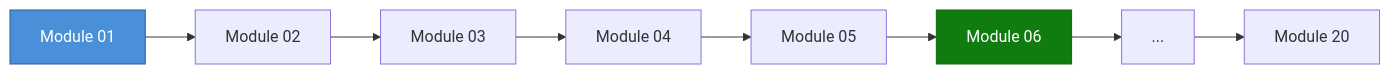
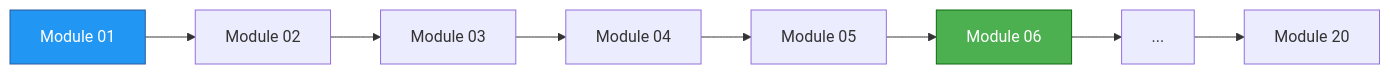
One commit to VBlackJack/ShellBook changed the second of 2 diagrams in docs/formations/windows-mastery/index.md. Above: the diagram before and after it, drawn with Mermaid. The commit also changed other lines of this file and 337 other files, not shown here.

First line of the commit message:
refactor(docs): Standardize code blocks and Mermaid colors

````diff
--- a/docs/formations/windows-mastery/index.md
+++ b/docs/formations/windows-mastery/index.md
@@ -336,9 +336,9 @@
 ```mermaid
 flowchart LR
     A[Module 01] --> B[Module 02] --> C[Module 03] --> D[Module 04] --> E[Module 05]
     E --> F[Module 06]
     F --> G[...] --> H[Module 20]
 
-    style A fill:#4a90d9,stroke:#2c5aa0,color:#fff
-    style F fill:#107c10,stroke:#0e6b0e,color:#fff
+    style A fill:#2196F3,stroke:#2c5aa0,color:#fff
+    style F fill:#4CAF50,stroke:#0e6b0e,color:#fff
 ```
````
